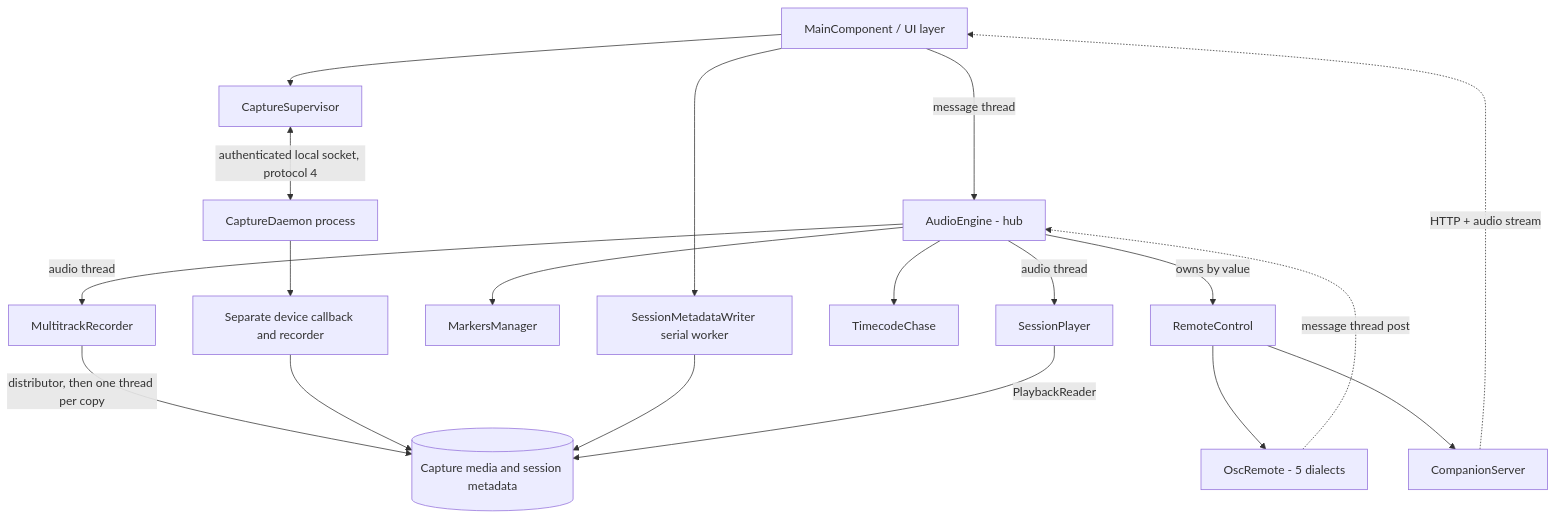
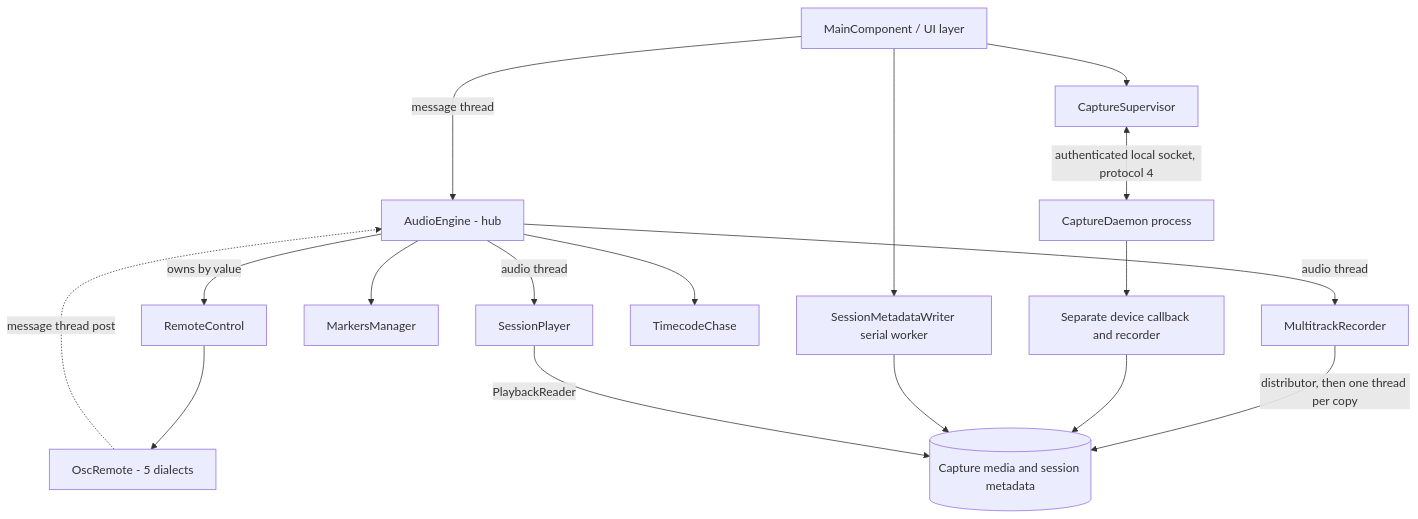
One commit to jeanpierreboutros-lang/ZynforgeRecording changed the first of 2 diagrams in architecture.md. Above: the diagram before and after it, drawn with Mermaid. The commit also changed other lines of this file, not shown here.

First line of the commit message:
Rewrite architecture.md for the recorder and virtual soundcheck

````diff
--- a/architecture.md
+++ b/architecture.md
@@ -65,32 +64,29 @@
 ```mermaid
 graph TB
     UI[MainComponent / UI layer]
     Eng[AudioEngine - hub]
     Rec[MultitrackRecorder]
     Play[SessionPlayer]
     Mark[MarkersManager]
     Remote[RemoteControl]
     OSC[OscRemote - 5 dialects]
-    Net[CompanionServer]
     TC[TimecodeChase]
     Disk[(Capture media and session metadata)]
 
     UI -->|message thread| Eng
     Eng -->|audio thread| Rec
     Eng -->|audio thread| Play
     Rec -->|distributor, then one thread per copy| Disk
     UI --> Supervisor[CaptureSupervisor]
     Supervisor <-->|authenticated local socket, protocol 4| Daemon[CaptureDaemon process]
     Daemon --> DaemonRec[Separate device callback and recorder]
     DaemonRec --> Disk
     UI --> Metadata[SessionMetadataWriter serial worker]
     Metadata --> Disk
     Play -->|PlaybackReader| Disk
     Eng --> Mark
     Eng -->|owns by value| Remote
     Remote --> OSC
-    Remote --> Net
     Eng --> TC
     OSC -.->|message thread post| Eng
-    Net -.->|HTTP + audio stream| UI
 ```
````
